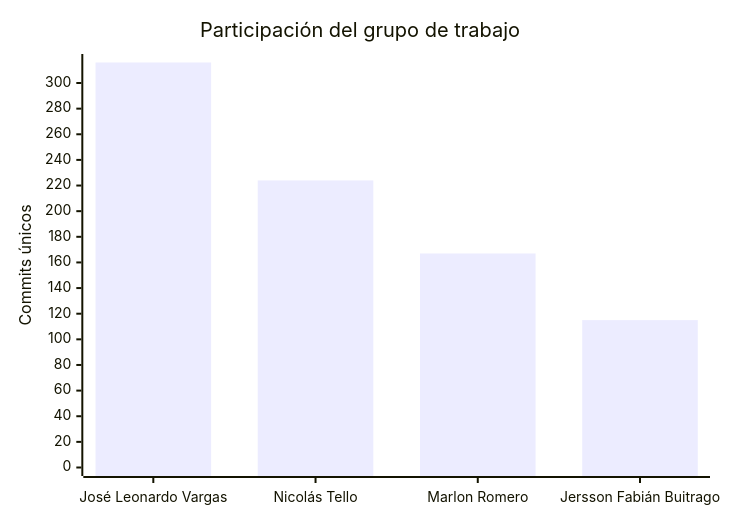
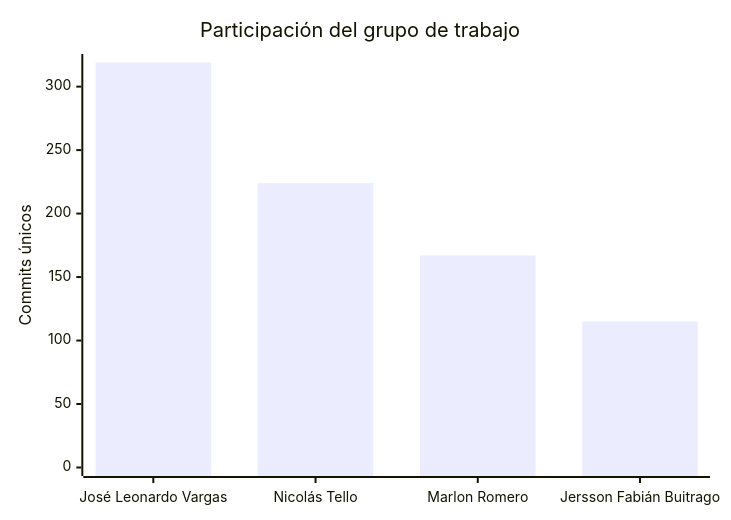
One commit to FarmaExpres/FarmaExpres changed the second of 2 diagrams in README.md. Above: the diagram before and after it, drawn with Mermaid. The commit also changed other lines of this file and 1 other file, not shown here.

````diff
--- a/README.md
+++ b/README.md
@@ -403,7 +403,7 @@
 ```mermaid
 xychart-beta
     title "Participación del grupo de trabajo"
     x-axis ["José Leonardo Vargas", "Nicolás Tello", "Marlon Romero", "Jersson Fabián Buitrago"]
-    y-axis "Commits únicos" 0 --> 316
-    bar [316, 224, 167, 115]
+    y-axis "Commits únicos" 0 --> 319
+    bar [319, 224, 167, 115]
 ```
````
